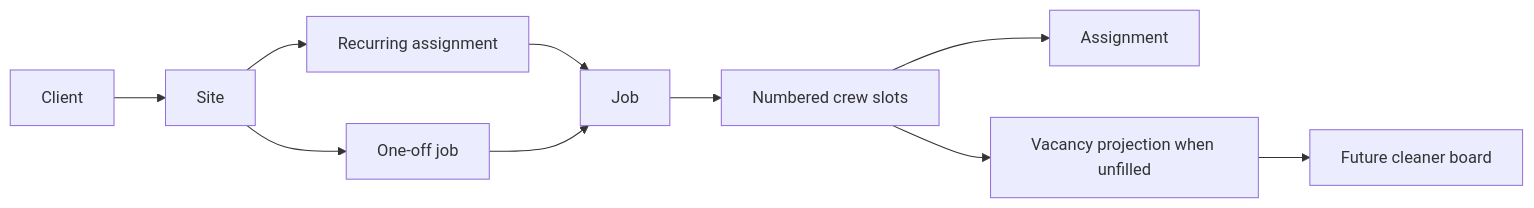
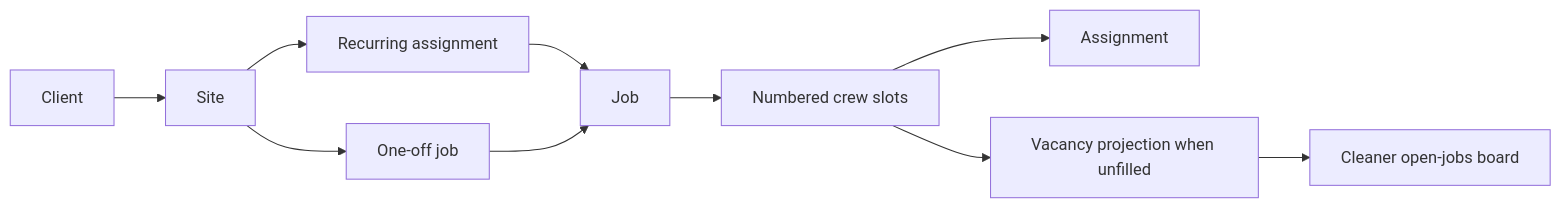
Before and after one commit to lspinheiro/clean_app_crm: the diagram in openwiki/product/domain-model.md, drawn with Mermaid. The commit also changed other lines of this file and 11 other files, not shown here.

````diff
--- a/openwiki/product/domain-model.md
+++ b/openwiki/product/domain-model.md
@@ -22,12 +22,12 @@
 ```mermaid
 flowchart LR
     Client --> Site
     Site --> Recurring["Recurring assignment"]
     Recurring --> Job
     Site --> OneOff["One-off job"]
     OneOff --> Job
     Job --> Slots["Numbered crew slots"]
     Slots --> Assignment
     Slots --> Vacancy["Vacancy projection when unfilled"]
-    Vacancy --> Board["Future cleaner board"]
+    Vacancy --> Board["Cleaner open-jobs board"]
 ```
````
